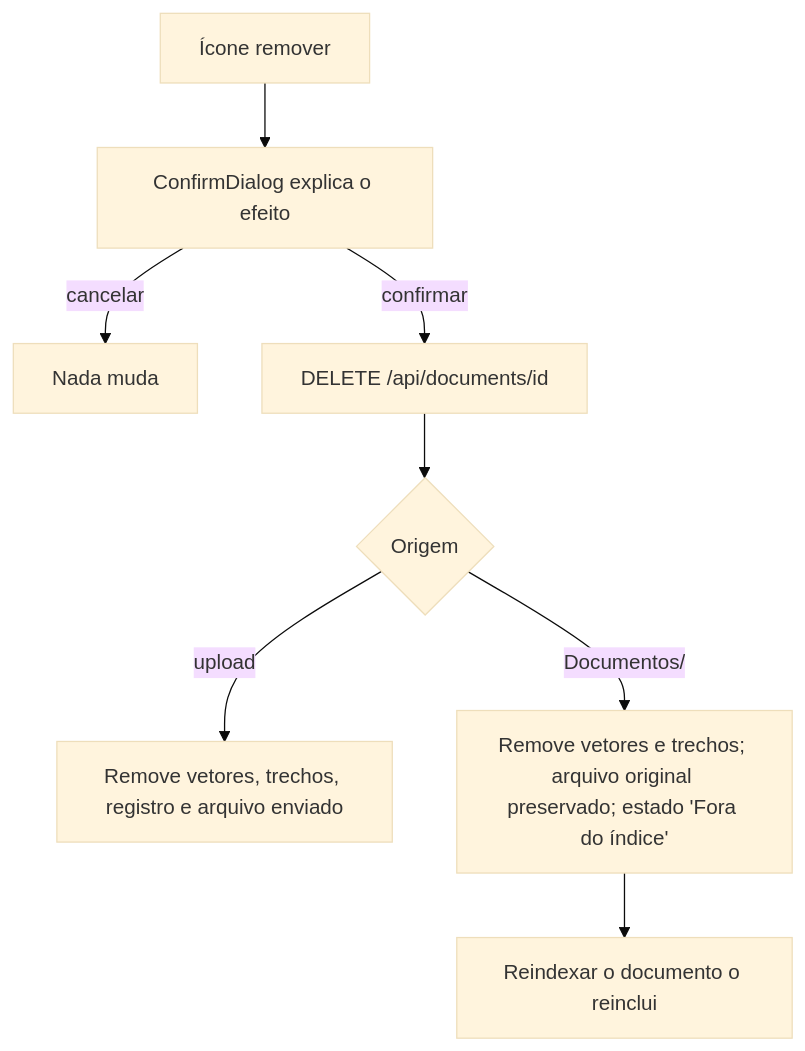
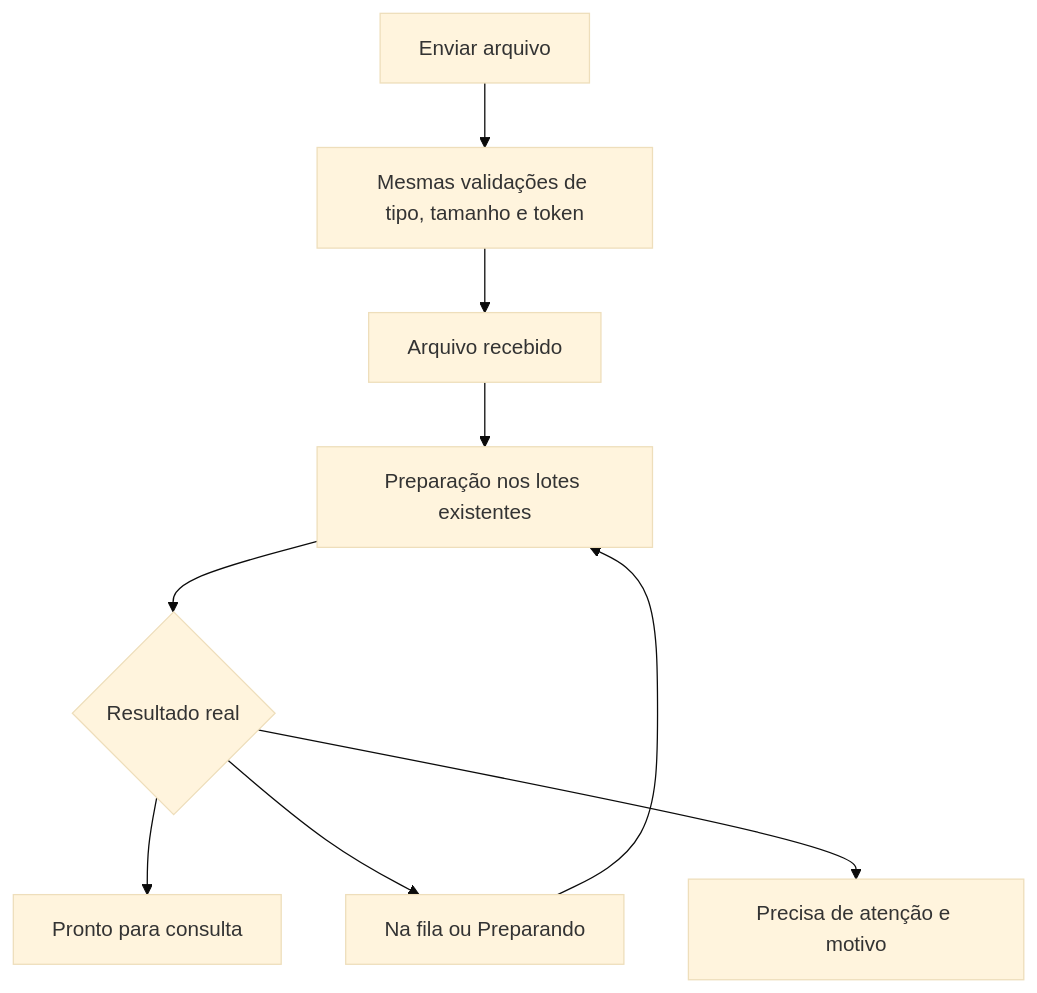
One commit to Gabriel-S-Justino/NP2Engenharia changed the second of 2 diagrams in docs/FLUXOS_UX.md. Above: the diagram before and after it, drawn with Mermaid (base theme). The commit also changed other lines of this file and 58 other files, not shown here.

````diff
--- a/docs/FLUXOS_UX.md
+++ b/docs/FLUXOS_UX.md
@@ -99,10 +21,11 @@
 ```mermaid
 flowchart TD
-  A[Ícone remover] --> B[ConfirmDialog explica o efeito]
-  B -- cancelar --> Z[Nada muda]
-  B -- confirmar --> C[DELETE /api/documents/id]
-  C --> D{Origem}
-  D -- upload --> E[Remove vetores, trechos, registro e arquivo enviado]
-  D -- Documentos/ --> F[Remove vetores e trechos; arquivo original preservado; estado 'Fora do índice']
-  F --> G[Reindexar o documento o reinclui]
+  A[Enviar arquivo] --> B[Mesmas validações de tipo, tamanho e token]
+  B --> C[Arquivo recebido]
+  C --> D[Preparação nos lotes existentes]
+  D --> E{Resultado real}
+  E --> F[Pronto para consulta]
+  E --> G[Na fila ou Preparando]
+  E --> H[Precisa de atenção e motivo]
+  G --> D
 ```
````
